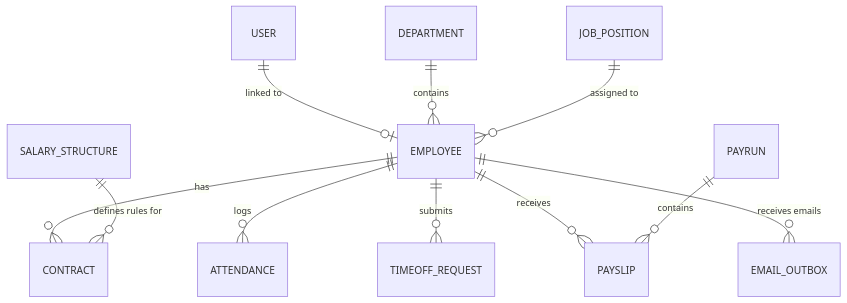
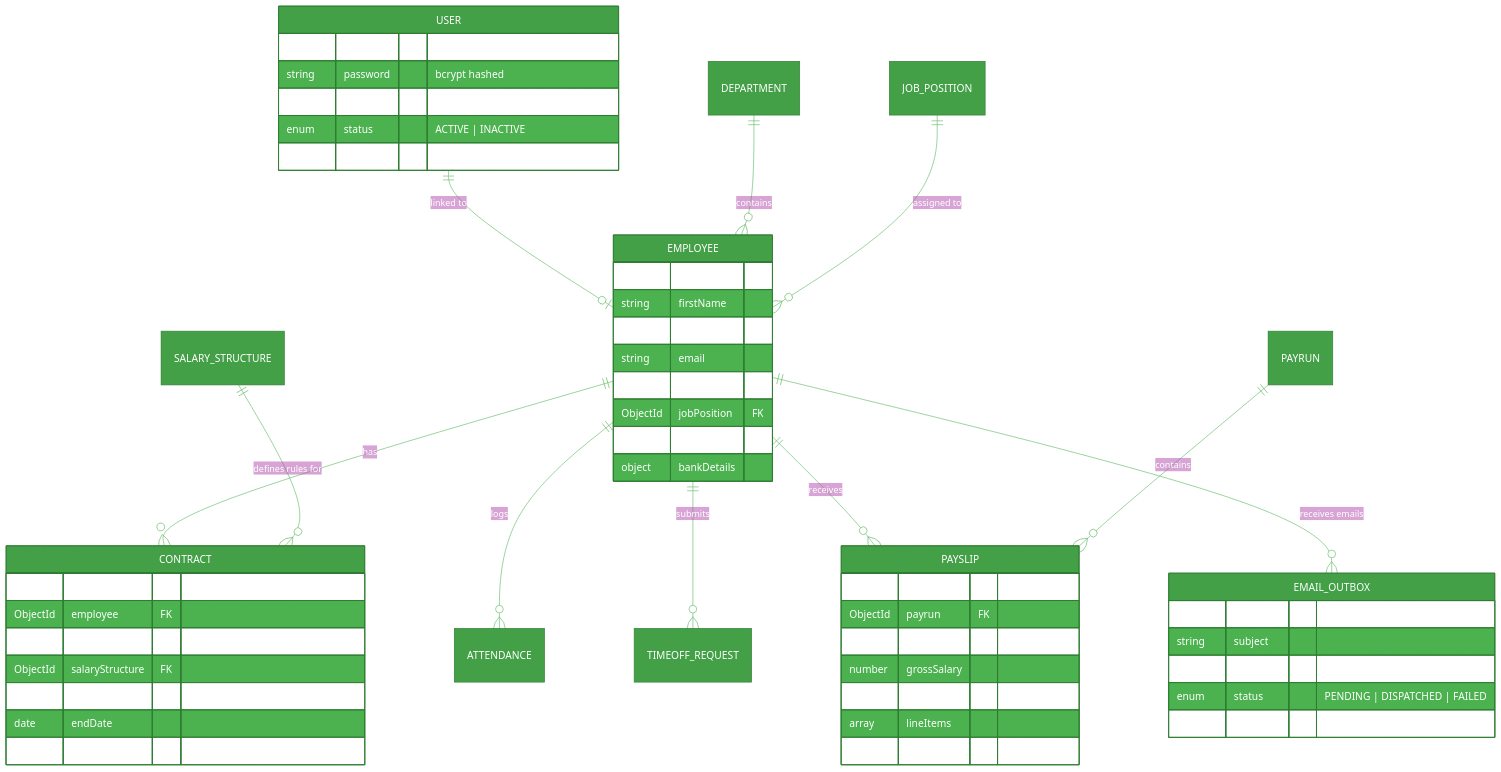
One commit to Venkatreddy71/odoo-hackathon changed the fifth of 6 diagrams in README.md. Above: the diagram before and after it, drawn with Mermaid. The commit also changed other lines of this file and 1 other file, not shown here.

````diff
--- a/README.md
+++ b/README.md
@@ -123,13 +369,62 @@
 ```mermaid
+%%{init: {'theme': 'base', 'themeVariables': {'primaryColor': '#43a047', 'primaryTextColor': '#fff', 'primaryBorderColor': '#2e7d32', 'lineColor': '#66bb6a', 'fontFamily': 'monospace'}}}%%
+
 erDiagram
     USER ||--o| EMPLOYEE : "linked to"
     EMPLOYEE ||--o{ CONTRACT : "has"
     EMPLOYEE ||--o{ ATTENDANCE : "logs"
     EMPLOYEE ||--o{ TIMEOFF_REQUEST : "submits"
     EMPLOYEE ||--o{ PAYSLIP : "receives"
     DEPARTMENT ||--o{ EMPLOYEE : "contains"
     JOB_POSITION ||--o{ EMPLOYEE : "assigned to"
     SALARY_STRUCTURE ||--o{ CONTRACT : "defines rules for"
     PAYRUN ||--o{ PAYSLIP : "contains"
     EMPLOYEE ||--o{ EMAIL_OUTBOX : "receives emails"
+
+    USER {
+        string email PK
+        string password "bcrypt hashed"
+        enum role "ADMIN | HR | PAYROLL | EMPLOYEE"
+        enum status "ACTIVE | INACTIVE"
+        ObjectId employee FK
+    }
+
+    EMPLOYEE {
+        string employeeId PK
+        string firstName
+        string lastName
+        string email
+        ObjectId department FK
+        ObjectId jobPosition FK
+        date joiningDate
+        object bankDetails
+    }
+
+    CONTRACT {
+        string contractRef PK
+        ObjectId employee FK
+        number wage
+        ObjectId salaryStructure FK
+        date startDate
+        date endDate
+        enum status "RUNNING | EXPIRED | CANCELLED"
+    }
+
+    PAYSLIP {
+        ObjectId employee FK
+        ObjectId payrun FK
+        number basicSalary
+        number grossSalary
+        number netSalary
+        array lineItems
+        enum status "DRAFT | PAID"
+    }
+
+    EMAIL_OUTBOX {
+        string recipient
+        string subject
+        ObjectId employee FK
+        enum status "PENDING | DISPATCHED | FAILED"
+        date sentTime
+    }
 ```
````
